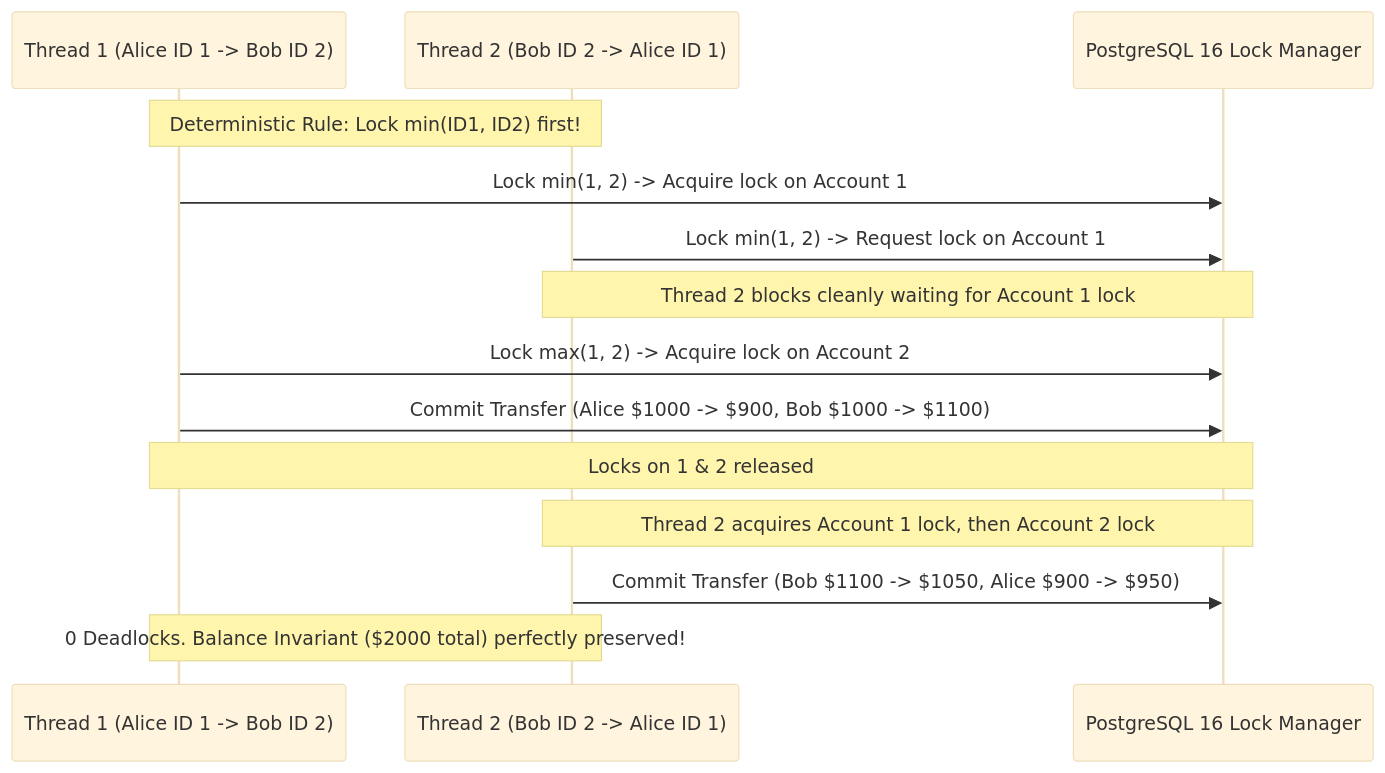
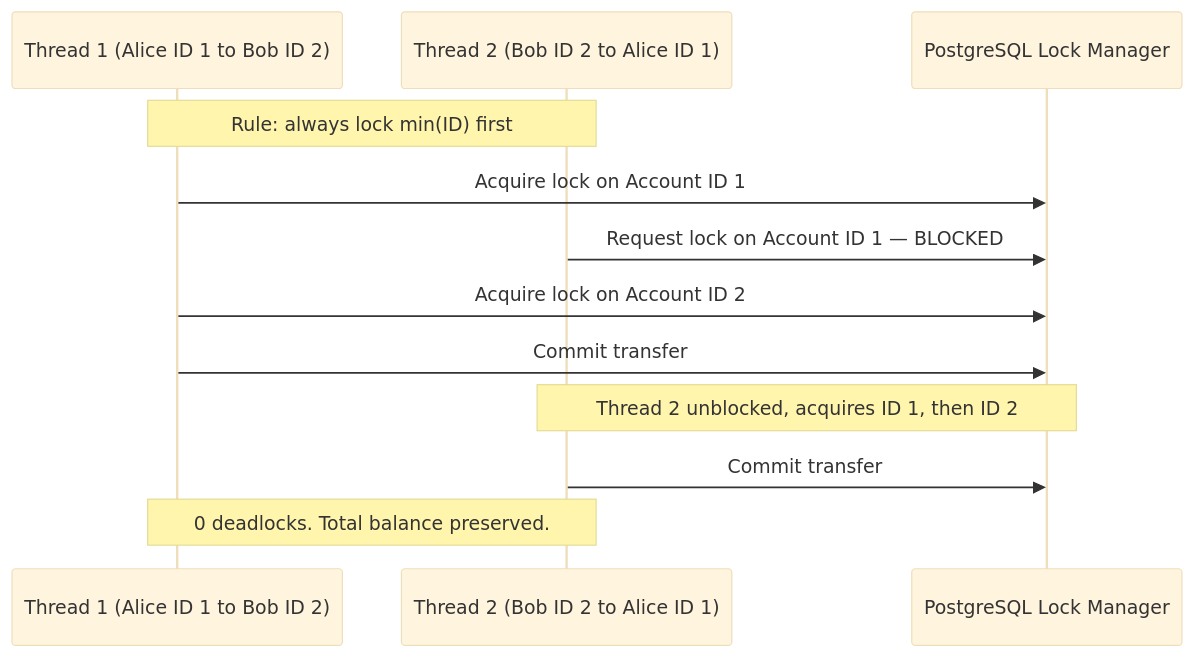
One commit to Praneethbandi05/Ledger_Line changed the third of 4 diagrams in docs/architecture.md. Above: the diagram before and after it, drawn with Mermaid (base theme). The commit also changed other lines of this file and 5 other files, not shown here.

````diff
--- a/docs/architecture.md
+++ b/docs/architecture.md
@@ -187,17 +168,15 @@
 ```mermaid
 sequenceDiagram
-    participant T1 as Thread 1 (Alice ID 1 -> Bob ID 2)
-    participant T2 as Thread 2 (Bob ID 2 -> Alice ID 1)
-    participant DB as PostgreSQL 16 Lock Manager
+    participant T1 as Thread 1 (Alice ID 1 to Bob ID 2)
+    participant T2 as Thread 2 (Bob ID 2 to Alice ID 1)
+    participant DB as PostgreSQL Lock Manager
 
-    Note over T1,T2: Deterministic Rule: Lock min(ID1, ID2) first!
-    T1->>DB: Lock min(1, 2) -> Acquire lock on Account 1
-    T2->>DB: Lock min(1, 2) -> Request lock on Account 1
-    Note over DB,T2: Thread 2 blocks cleanly waiting for Account 1 lock
-    T1->>DB: Lock max(1, 2) -> Acquire lock on Account 2
-    T1->>DB: Commit Transfer (Alice $1000 -> $900, Bob $1000 -> $1100)
-    Note over T1,DB: Locks on 1 & 2 released
-    Note over T2,DB: Thread 2 acquires Account 1 lock, then Account 2 lock
-    T2->>DB: Commit Transfer (Bob $1100 -> $1050, Alice $900 -> $950)
-    Note over T1,T2: 0 Deadlocks. Balance Invariant ($2000 total) perfectly preserved!
+    Note over T1,T2: Rule: always lock min(ID) first
+    T1->>DB: Acquire lock on Account ID 1
+    T2->>DB: Request lock on Account ID 1 — BLOCKED
+    T1->>DB: Acquire lock on Account ID 2
+    T1->>DB: Commit transfer
+    Note over T2,DB: Thread 2 unblocked, acquires ID 1, then ID 2
+    T2->>DB: Commit transfer
+    Note over T1,T2: 0 deadlocks. Total balance preserved.
 ```
````
